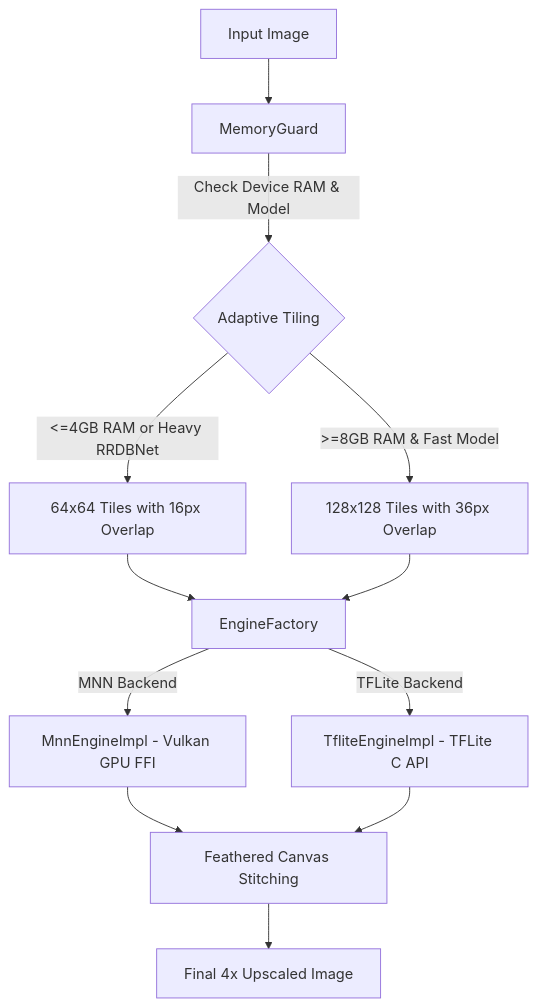
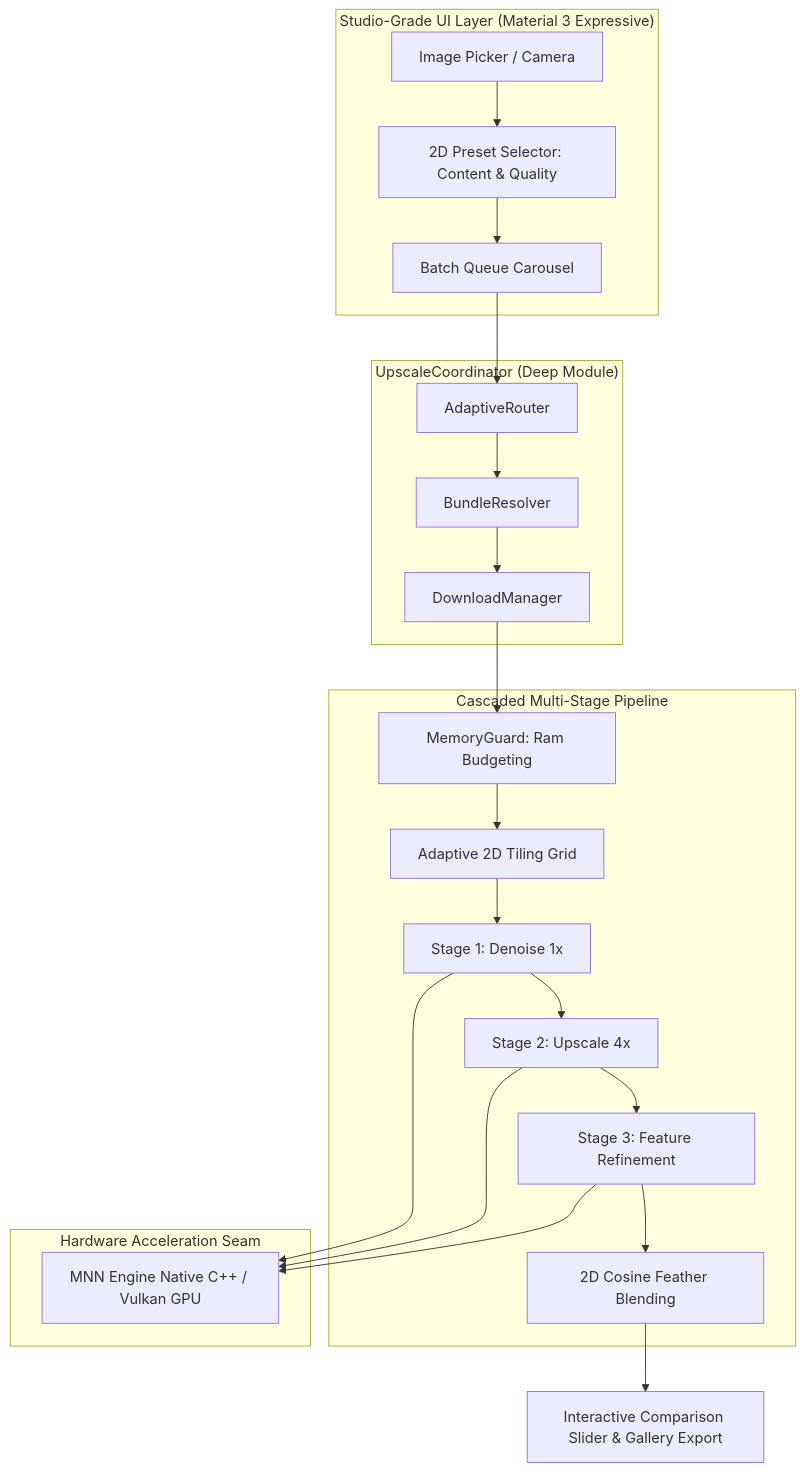
One commit to mohmaedeslam00116/omega changed the diagram in README.md. Above: the diagram before and after it, drawn with Mermaid. The commit also changed other lines of this file and 4 other files, not shown here.

````diff
--- a/README.md
+++ b/README.md
@@ -40,14 +36,28 @@
 ```mermaid
 flowchart TD
-    A[Input Image] --> B[MemoryGuard]
-    B -->|Check Device RAM & Model| C{Adaptive Tiling}
-    C -->|<=4GB RAM or Heavy RRDBNet| D[64x64 Tiles with 16px Overlap]
-    C -->|>=8GB RAM & Fast Model| E[128x128 Tiles with 36px Overlap]
-    D --> F[EngineFactory]
-    E --> F[EngineFactory]
-    F -->|MNN Backend| G[MnnEngineImpl - Vulkan GPU FFI]
-    F -->|TFLite Backend| H[TfliteEngineImpl - TFLite C API]
-    G --> I[Feathered Canvas Stitching]
-    H --> I[Feathered Canvas Stitching]
-    I --> J[Final 4x Upscaled Image]
+    subgraph UI ["Studio-Grade UI Layer (Material 3 Expressive)"]
+        A[Image Picker / Camera] --> B[2D Preset Selector: Content & Quality]
+        B --> C[Batch Queue Carousel]
+    end
+
+    subgraph DeepModule ["UpscaleCoordinator (Deep Module)"]
+        C --> D[AdaptiveRouter]
+        D --> E[BundleResolver]
+        E --> F[DownloadManager]
+    end
+
+    subgraph Pipeline ["Cascaded Multi-Stage Pipeline"]
+        F --> G[MemoryGuard: Ram Budgeting]
+        G --> H[Adaptive 2D Tiling Grid]
+        H --> I[Stage 1: Denoise 1x]
+        I --> J[Stage 2: Upscale 4x]
+        J --> K[Stage 3: Feature Refinement]
+        K --> L[2D Cosine Feather Blending]
+    end
+
+    subgraph Hardware ["Hardware Acceleration Seam"]
+        I & J & K --> M[MNN Engine Native C++ / Vulkan GPU]
+    end
+
+    L --> N[Interactive Comparison Slider & Gallery Export]
 ```
````
